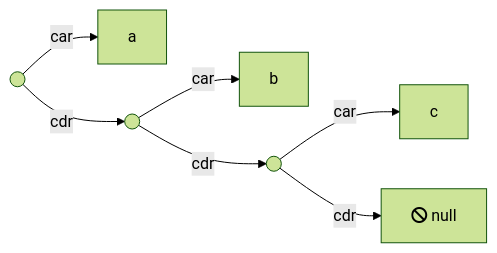
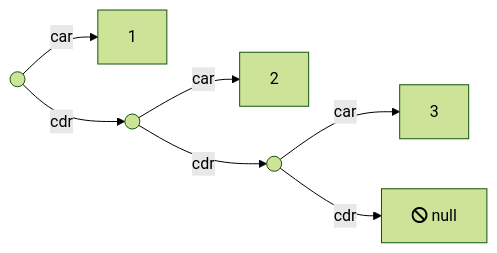
One commit to raganwald/raganwald.github.com changed the second of 3 diagrams in _posts/2019-01-11-another-look-at-lisp.md. Above: the diagram before and after it, drawn with Mermaid (forest theme). The commit also changed other lines of this file, not shown here.

```diff
--- a/_posts/2019-01-11-another-look-at-lisp.md
+++ b/_posts/2019-01-11-another-look-at-lisp.md
@@ -33,9 +123,9 @@
 <div class="mermaid">
   graph LR
-    one(( ))-- car -->a
+    one(( ))-- car -->a["1"]
     one-- cdr -->two(( ))
-    two-- car -->b
+    two-- car -->b["2"]
     two-- cdr -->three(( ))
-    three-- car -->c
+    three-- car -->c["3"]
     three-- cdr -->null["fa:fa-ban null"]
 </div>
```
